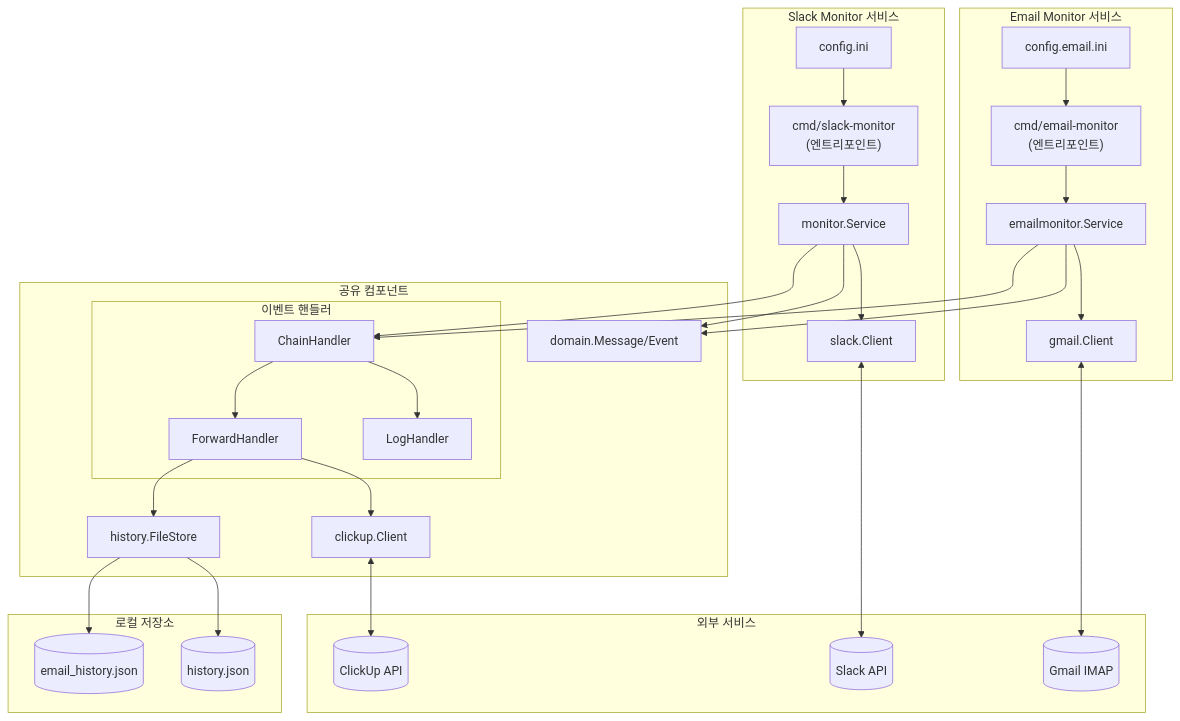
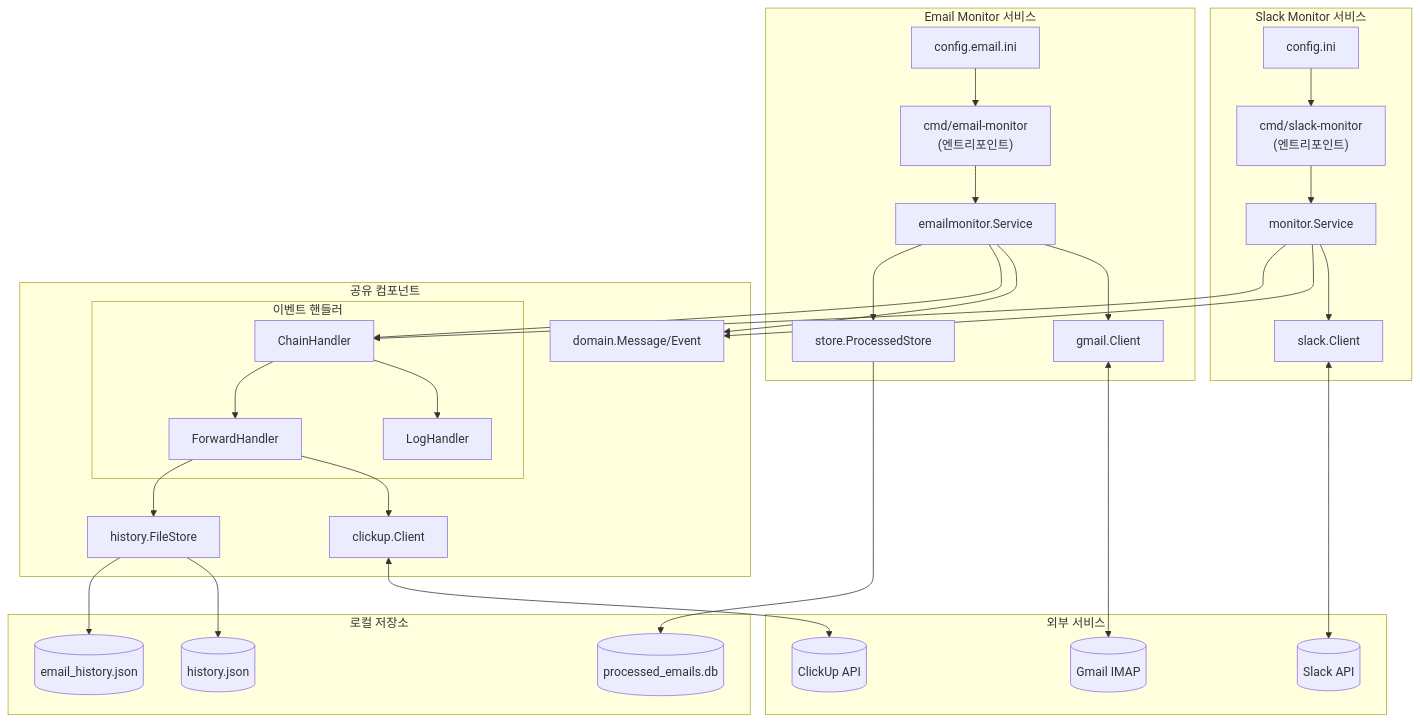
Before and after one commit to zime78/Slickwebhook: the first of 9 diagrams in docs/ARCHITECTURE.md, drawn with Mermaid. The commit also changed other lines of this file and 3 other files, not shown here.

````diff
--- a/docs/ARCHITECTURE.md
+++ b/docs/ARCHITECTURE.md
@@ -18,63 +18,67 @@
 ```mermaid
 flowchart TB
     subgraph External["외부 서비스"]
         SLACK[("Slack API")]
         GMAIL[("Gmail IMAP")]
         CLICKUP[("ClickUp API")]
     end
 
     subgraph SlackMonitor["Slack Monitor 서비스"]
         SLACK_MAIN["cmd/slack-monitor<br/>(엔트리포인트)"]
         SLACK_CONFIG["config.ini"]
         SLACK_SERVICE["monitor.Service"]
         SLACK_CLIENT["slack.Client"]
     end
 
     subgraph EmailMonitor["Email Monitor 서비스"]
         EMAIL_MAIN["cmd/email-monitor<br/>(엔트리포인트)"]
         EMAIL_CONFIG["config.email.ini"]
         EMAIL_SERVICE["emailmonitor.Service"]
         GMAIL_CLIENT["gmail.Client"]
+        PROCESSED_STORE["store.ProcessedStore"]
     end
 
     subgraph SharedComponents["공유 컴포넌트"]
         subgraph Handlers["이벤트 핸들러"]
             CHAIN["ChainHandler"]
             LOG["LogHandler"]
             FWD["ForwardHandler"]
         end
         CLICKUP_CLIENT["clickup.Client"]
         HISTORY["history.FileStore"]
         DOMAIN["domain.Message/Event"]
     end
 
     subgraph Storage["로컬 저장소"]
         SLACK_HISTORY[("history.json")]
         EMAIL_HISTORY[("email_history.json")]
+        PROCESSED_DB[("processed_emails.db")]
     end
 
     %% Slack Monitor 흐름
     SLACK_CONFIG --> SLACK_MAIN
     SLACK_MAIN --> SLACK_SERVICE
     SLACK_SERVICE --> SLACK_CLIENT
     SLACK_CLIENT <--> SLACK
     SLACK_SERVICE --> DOMAIN
     SLACK_SERVICE --> CHAIN
 
     %% Email Monitor 흐름
     EMAIL_CONFIG --> EMAIL_MAIN
     EMAIL_MAIN --> EMAIL_SERVICE
     EMAIL_SERVICE --> GMAIL_CLIENT
     GMAIL_CLIENT <--> GMAIL
     EMAIL_SERVICE --> DOMAIN
     EMAIL_SERVICE --> CHAIN
+    EMAIL_SERVICE --> PROCESSED_STORE
+    PROCESSED_STORE --> PROCESSED_DB
 
     %% 공유 핸들러 흐름
     CHAIN --> LOG
     CHAIN --> FWD
     FWD --> CLICKUP_CLIENT
     CLICKUP_CLIENT <--> CLICKUP
     FWD --> HISTORY
     HISTORY --> SLACK_HISTORY
     HISTORY --> EMAIL_HISTORY
 ```
````
